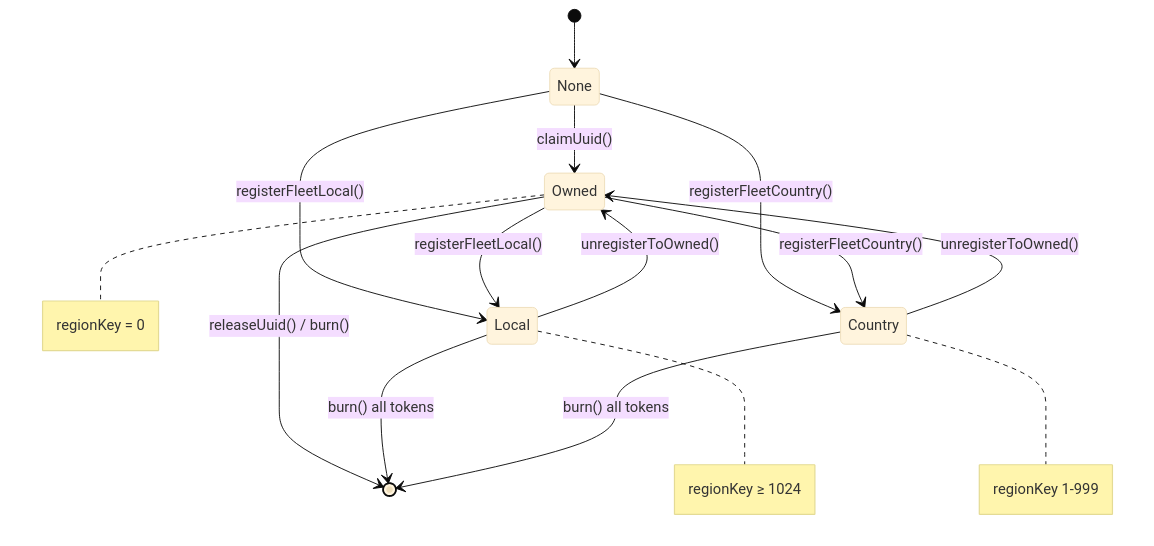
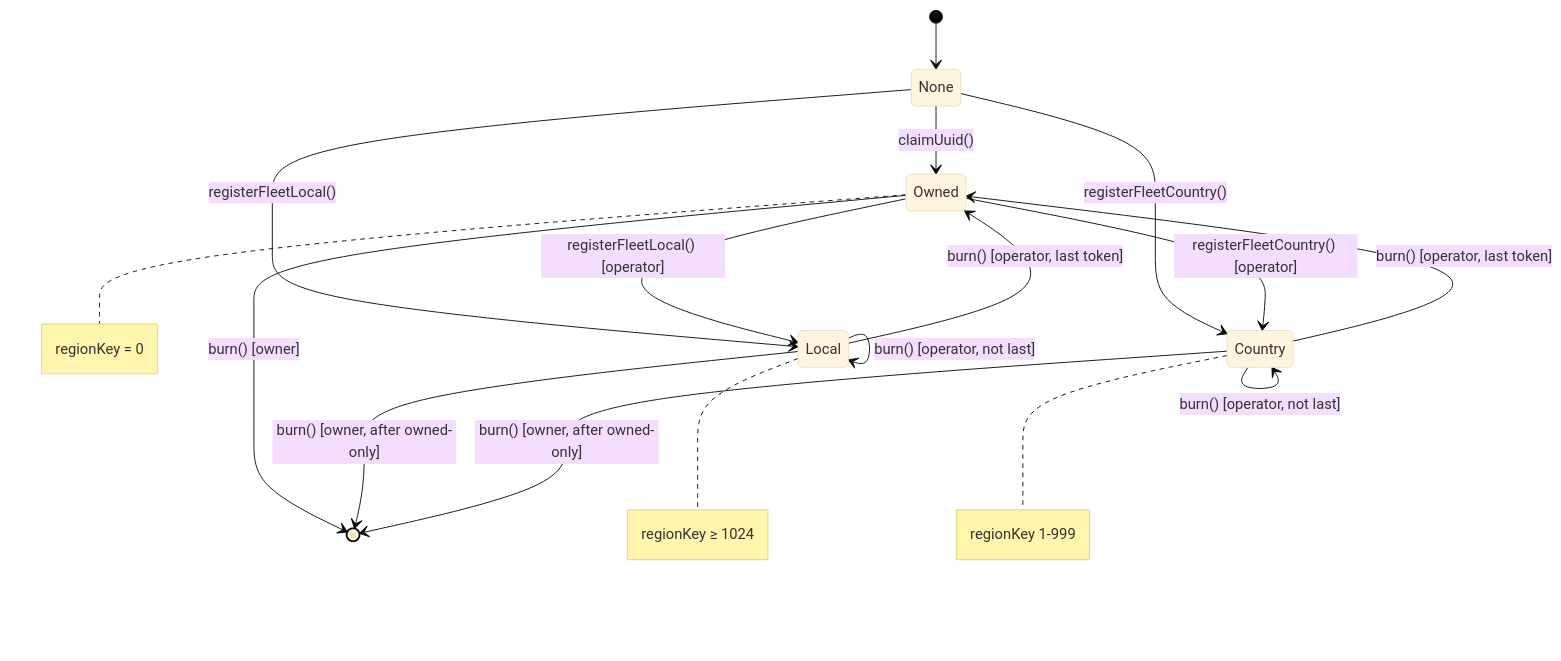
One commit to NodleCode/rollup changed the first of 4 diagrams in src/swarms/doc/lifecycle.md. Above: the diagram before and after it, drawn with Mermaid (base theme). The commit also changed other lines of this file and 7 other files, not shown here.

````diff
--- a/src/swarms/doc/lifecycle.md
+++ b/src/swarms/doc/lifecycle.md
@@ -5,22 +5,24 @@
 ```mermaid
 stateDiagram-v2
     [*] --> None
 
     None --> Owned : claimUuid()
     None --> Local : registerFleetLocal()
     None --> Country : registerFleetCountry()
 
-    Owned --> Local : registerFleetLocal()
-    Owned --> Country : registerFleetCountry()
-    Owned --> [*] : releaseUuid() / burn()
+    Owned --> Local : registerFleetLocal() [operator]
+    Owned --> Country : registerFleetCountry() [operator]
+    Owned --> [*] : burn() [owner]
 
-    Local --> Owned : unregisterToOwned()
-    Local --> [*] : burn() all tokens
+    Local --> Owned : burn() [operator, last token]
+    Local --> Local : burn() [operator, not last]
+    Local --> [*] : burn() [owner, after owned-only]
 
-    Country --> Owned : unregisterToOwned()
-    Country --> [*] : burn() all tokens
+    Country --> Owned : burn() [operator, last token]
+    Country --> Country : burn() [operator, not last]
+    Country --> [*] : burn() [owner, after owned-only]
 
     note right of Owned : regionKey = 0
     note right of Local : regionKey ≥ 1024
     note right of Country : regionKey 1-999
 ```
````
